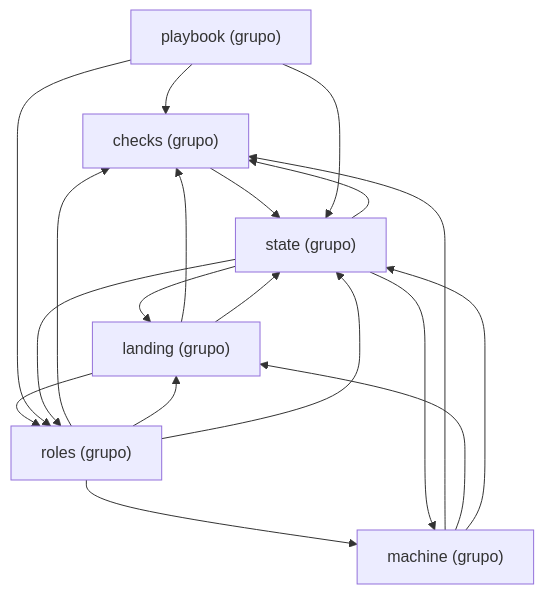
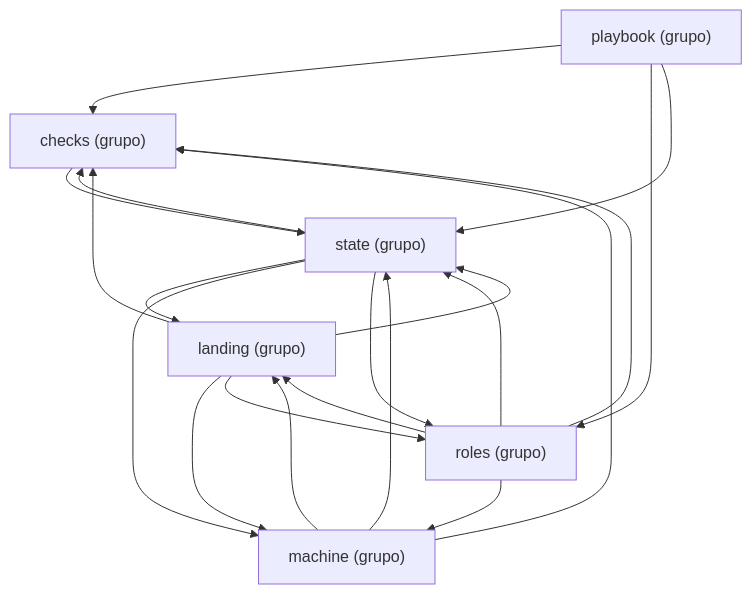
The diagram in docs/architecture/generated/packages-process-domain.md (GonzaloZevallos/agentic-system), drawn with Mermaid before and after one commit. The commit also changed 13 other files, not shown here.

````diff
--- a/docs/architecture/generated/packages-process-domain.md
+++ b/docs/architecture/generated/packages-process-domain.md
@@ -24,27 +24,28 @@
 ```mermaid
 graph TD
     g_domain__checks["checks (grupo)"]
     g_domain__landing["landing (grupo)"]
     g_domain__machine["machine (grupo)"]
     g_domain__playbook["playbook (grupo)"]
     g_domain__roles["roles (grupo)"]
     g_domain__state["state (grupo)"]
     g_domain__checks --> g_domain__state
     g_domain__landing --> g_domain__checks
+    g_domain__landing --> g_domain__machine
     g_domain__landing --> g_domain__roles
     g_domain__landing --> g_domain__state
     g_domain__machine --> g_domain__checks
     g_domain__machine --> g_domain__landing
     g_domain__machine --> g_domain__state
     g_domain__playbook --> g_domain__checks
     g_domain__playbook --> g_domain__roles
     g_domain__playbook --> g_domain__state
     g_domain__roles --> g_domain__checks
     g_domain__roles --> g_domain__landing
     g_domain__roles --> g_domain__machine
     g_domain__roles --> g_domain__state
     g_domain__state --> g_domain__checks
     g_domain__state --> g_domain__landing
     g_domain__state --> g_domain__machine
     g_domain__state --> g_domain__roles
 ```
````
